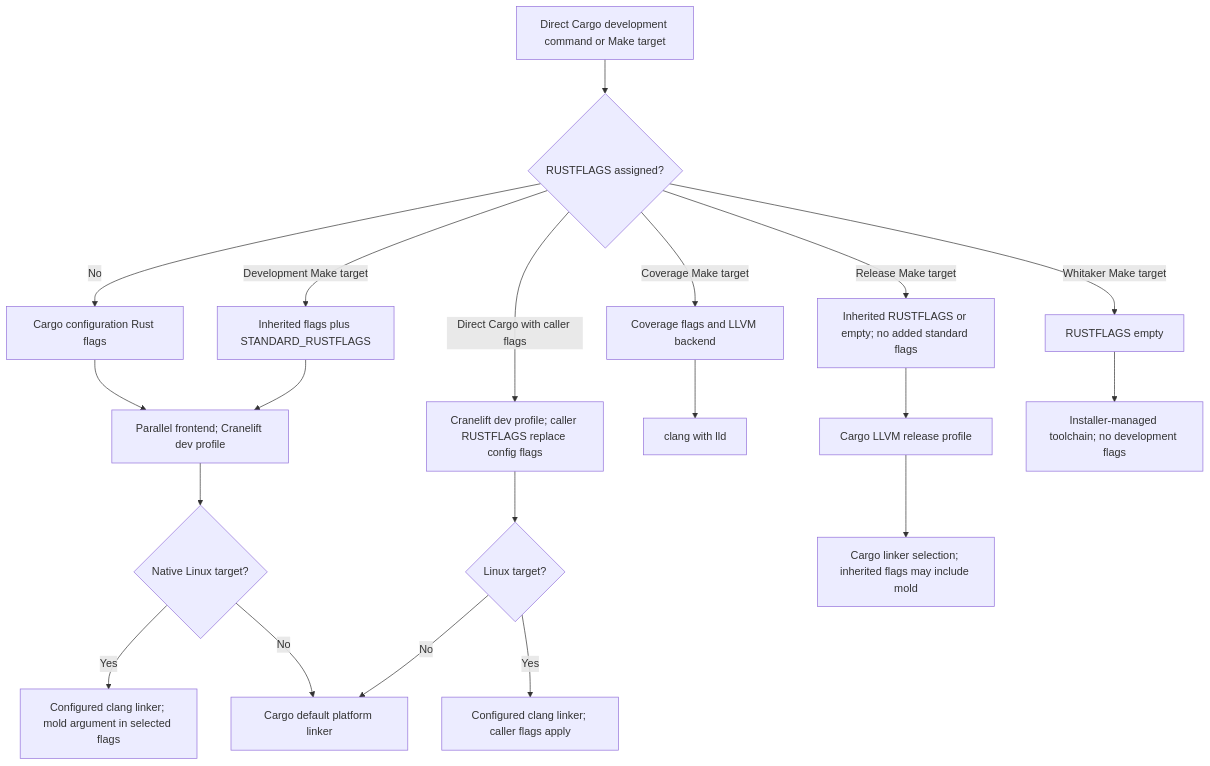
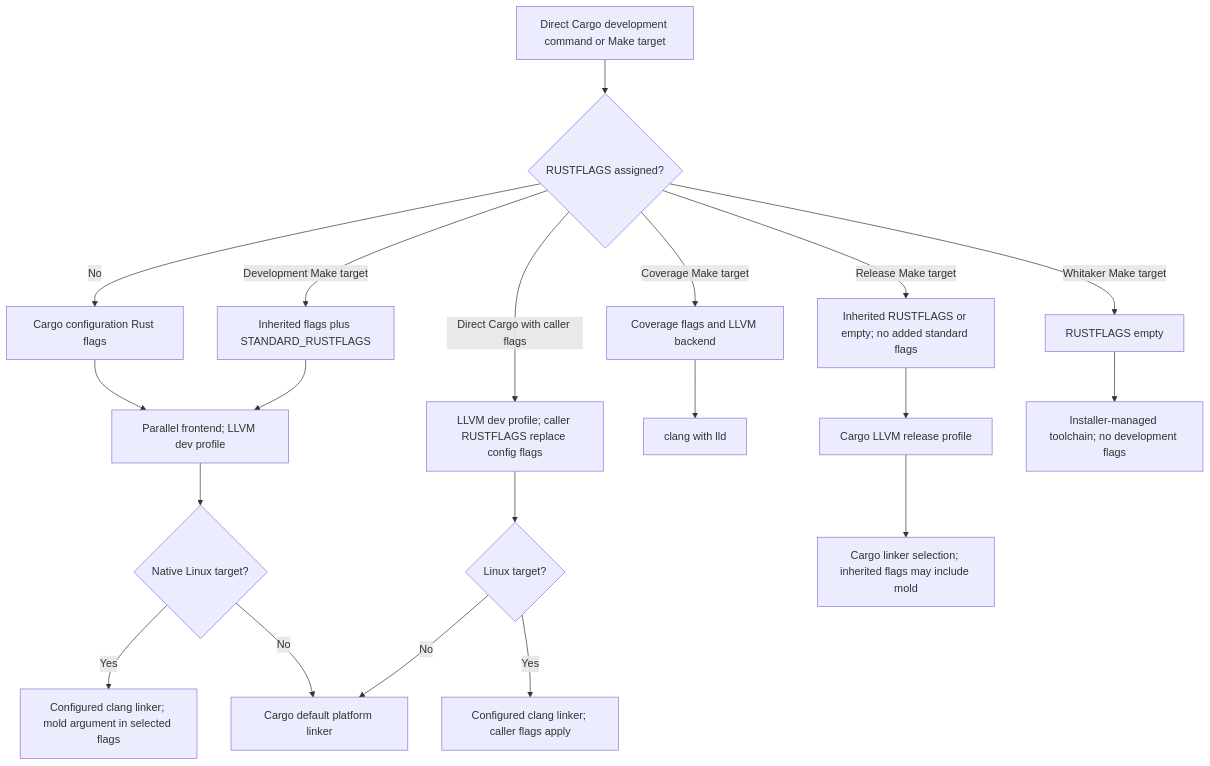
One commit to leynos/statelet changed the diagram in docs/developers-guide.md. Above: the diagram before and after it, drawn with Mermaid. The commit also changed other lines of this file and 4 other files, not shown here.

````diff
--- a/docs/developers-guide.md
+++ b/docs/developers-guide.md
@@ -504,24 +511,24 @@
 ```mermaid
 flowchart TD
     accTitle: Rust flags and linker paths
     accDescr: Direct Cargo defaults, Make development, coverage, release, and Whitaker flag and linker routes.
     Start[Direct Cargo development command or Make target] --> Assigned{RUSTFLAGS assigned?}
     Assigned -->|No| Config[Cargo configuration Rust flags]
-    Assigned -->|Direct Cargo with caller flags| Caller["Cranelift dev profile; caller RUSTFLAGS replace config flags"]
+    Assigned -->|Direct Cargo with caller flags| Caller["LLVM dev profile; caller RUSTFLAGS replace config flags"]
     Assigned -->|Development Make target| Compose[Inherited flags plus STANDARD_RUSTFLAGS]
     Assigned -->|Coverage Make target| Coverage[Coverage flags and LLVM backend]
     Assigned -->|Release Make target| Release["Inherited RUSTFLAGS or empty; no added standard flags"]
     Assigned -->|Whitaker Make target| Whitaker[RUSTFLAGS empty]
-    Config --> Fast["Parallel frontend; Cranelift dev profile"]
+    Config --> Fast["Parallel frontend; LLVM dev profile"]
     Compose --> Fast
     Fast --> Linux{Native Linux target?}
     Linux -->|Yes| Mold["Configured clang linker; mold argument in selected flags"]
     Linux -->|No| Platform[Cargo default platform linker]
     Caller --> CallerLinux{Linux target?}
     CallerLinux -->|Yes| CallerClang["Configured clang linker; caller flags apply"]
     CallerLinux -->|No| Platform
     Coverage --> CoverageLinker[clang with lld]
     Release --> ReleaseProfile[Cargo LLVM release profile]
     ReleaseProfile --> ReleaseLinker["Cargo linker selection; inherited flags may include mold"]
     Whitaker --> WhitakerTool["Installer-managed toolchain; no development flags"]
 ```
````
